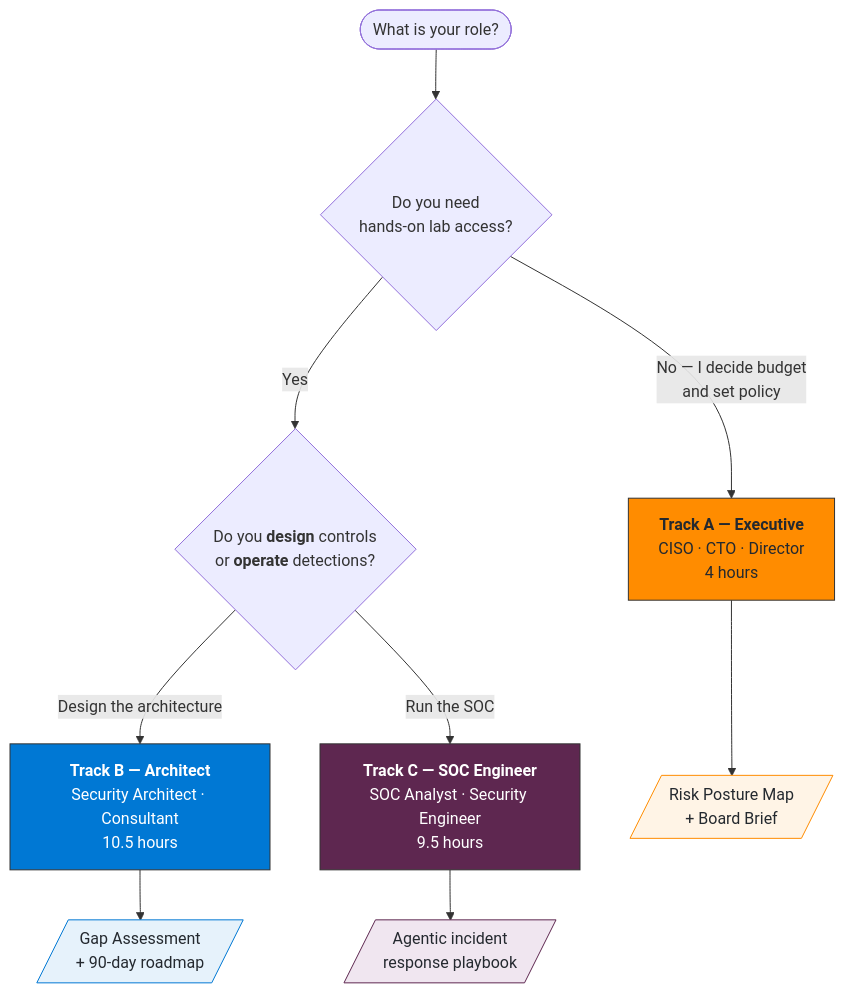
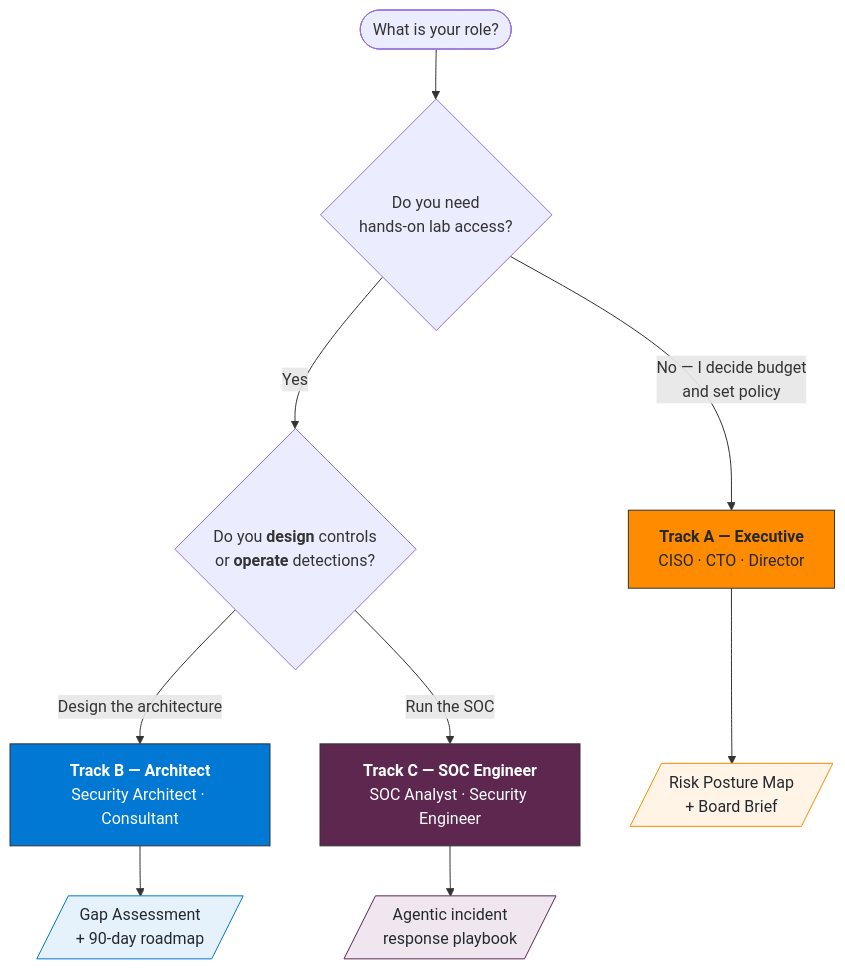
One commit to jcastanedacano/agent-zero changed the first of 3 diagrams in README.md. Above: the diagram before and after it, drawn with Mermaid. The commit also changed other lines of this file, not shown here.

Commit message:
Remove duration/hours from track selector diagram and table

````diff
--- a/README.md
+++ b/README.md
@@ -72,19 +72,19 @@
 ```mermaid
 flowchart TD
     Start([What is your role?]) --> Exec{Do you need<br/>hands-on lab access?}
-    Exec -->|No — I decide budget<br/>and set policy| A["<b>Track A — Executive</b><br/>CISO · CTO · Director<br/>4 hours"]
+    Exec -->|No — I decide budget<br/>and set policy| A["<b>Track A — Executive</b><br/>CISO · CTO · Director"]
     Exec -->|Yes| Tech{Do you <b>design</b> controls<br/>or <b>operate</b> detections?}
-    Tech -->|Design the architecture| B["<b>Track B — Architect</b><br/>Security Architect · Consultant<br/>10.5 hours"]
-    Tech -->|Run the SOC| C["<b>Track C — SOC Engineer</b><br/>SOC Analyst · Security Engineer<br/>9.5 hours"]
+    Tech -->|Design the architecture| B["<b>Track B — Architect</b><br/>Security Architect · Consultant"]
+    Tech -->|Run the SOC| C["<b>Track C — SOC Engineer</b><br/>SOC Analyst · Security Engineer"]
 
     A --> AOut[/"Risk Posture Map<br/>+ Board Brief"/]
     B --> BOut[/"Gap Assessment<br/>+ 90-day roadmap"/]
     C --> COut[/"Agentic incident<br/>response playbook"/]
 
     style A fill:#FF8C00,stroke:#333,color:#24292f
     style B fill:#0078D4,stroke:#333,color:#fff
     style C fill:#5E2750,stroke:#333,color:#fff
     style AOut fill:#fff4e6,stroke:#FF8C00,color:#24292f
     style BOut fill:#e6f2fb,stroke:#0078D4,color:#24292f
     style COut fill:#f0e6f0,stroke:#5E2750,color:#24292f
 ```
````
